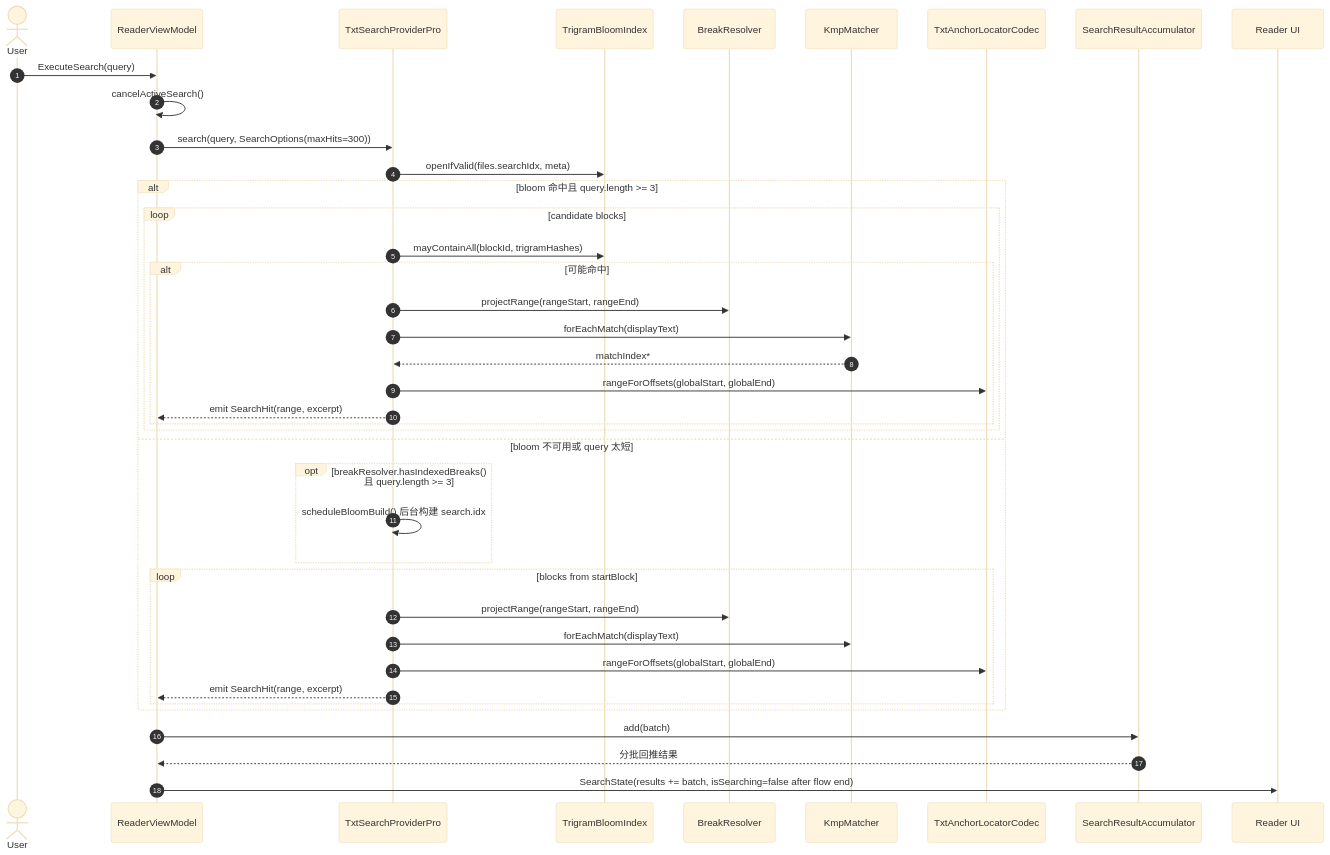
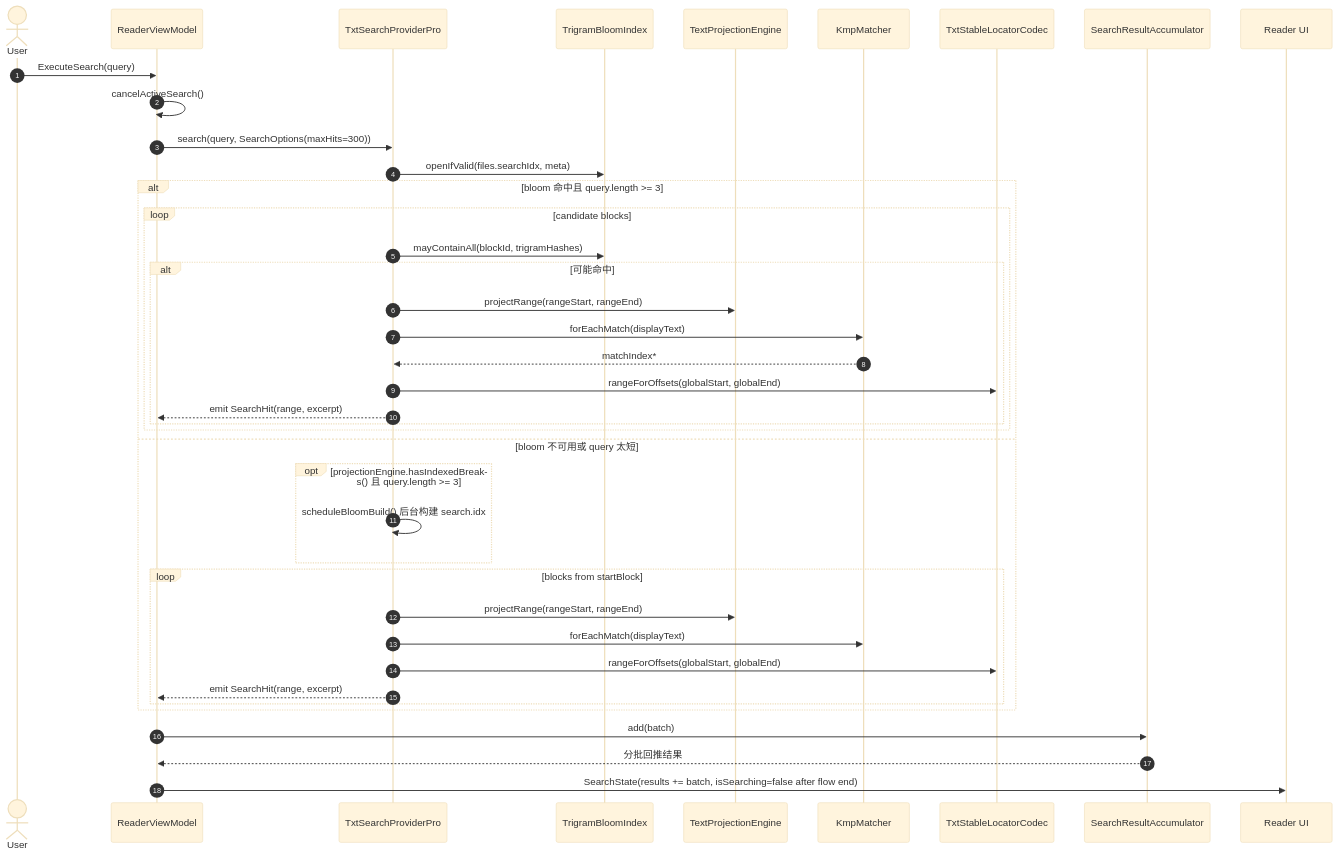
The fifth of 8 diagrams in doc/txt-reading-sequence.md (wuShan-n/iReader), drawn with Mermaid (base theme) before and after one commit. The commit also changed other lines of this file and 102 other files, not shown here.

````diff
--- a/doc/txt-reading-sequence.md
+++ b/doc/txt-reading-sequence.md
@@ -343,45 +343,45 @@
 ```mermaid
 sequenceDiagram
     autonumber
     actor User as User
     participant VM as ReaderViewModel
     participant Search as TxtSearchProviderPro
     participant Bloom as TrigramBloomIndex
-    participant BreakResolver as BreakResolver
+    participant TextProjectionEngine as TextProjectionEngine
     participant Matcher as KmpMatcher
-    participant Locator as TxtAnchorLocatorCodec
+    participant Locator as TxtStableLocatorCodec
     participant Acc as SearchResultAccumulator
     participant UI as Reader UI
 
     User->>VM: ExecuteSearch(query)
     VM->>VM: cancelActiveSearch()
     VM->>Search: search(query, SearchOptions(maxHits=300))
 
     Search->>Bloom: openIfValid(files.searchIdx, meta)
     alt bloom 命中且 query.length >= 3
         loop candidate blocks
             Search->>Bloom: mayContainAll(blockId, trigramHashes)
             alt 可能命中
-                Search->>BreakResolver: projectRange(rangeStart, rangeEnd)
+                Search->>TextProjectionEngine: projectRange(rangeStart, rangeEnd)
                 Search->>Matcher: forEachMatch(displayText)
                 Matcher-->>Search: matchIndex*
                 Search->>Locator: rangeForOffsets(globalStart, globalEnd)
                 Search-->>VM: emit SearchHit(range, excerpt)
             end
         end
     else bloom 不可用或 query 太短
-        opt breakResolver.hasIndexedBreaks() 且 query.length >= 3
+        opt projectionEngine.hasIndexedBreaks() 且 query.length >= 3
             Search->>Search: scheduleBloomBuild() 后台构建 search.idx
         end
         loop blocks from startBlock
-            Search->>BreakResolver: projectRange(rangeStart, rangeEnd)
+            Search->>TextProjectionEngine: projectRange(rangeStart, rangeEnd)
             Search->>Matcher: forEachMatch(displayText)
             Search->>Locator: rangeForOffsets(globalStart, globalEnd)
             Search-->>VM: emit SearchHit(range, excerpt)
         end
     end
 
     VM->>Acc: add(batch)
     Acc-->>VM: 分批回推结果
     VM->>UI: SearchState(results += batch, isSearching=false after flow end)
 ```
````
